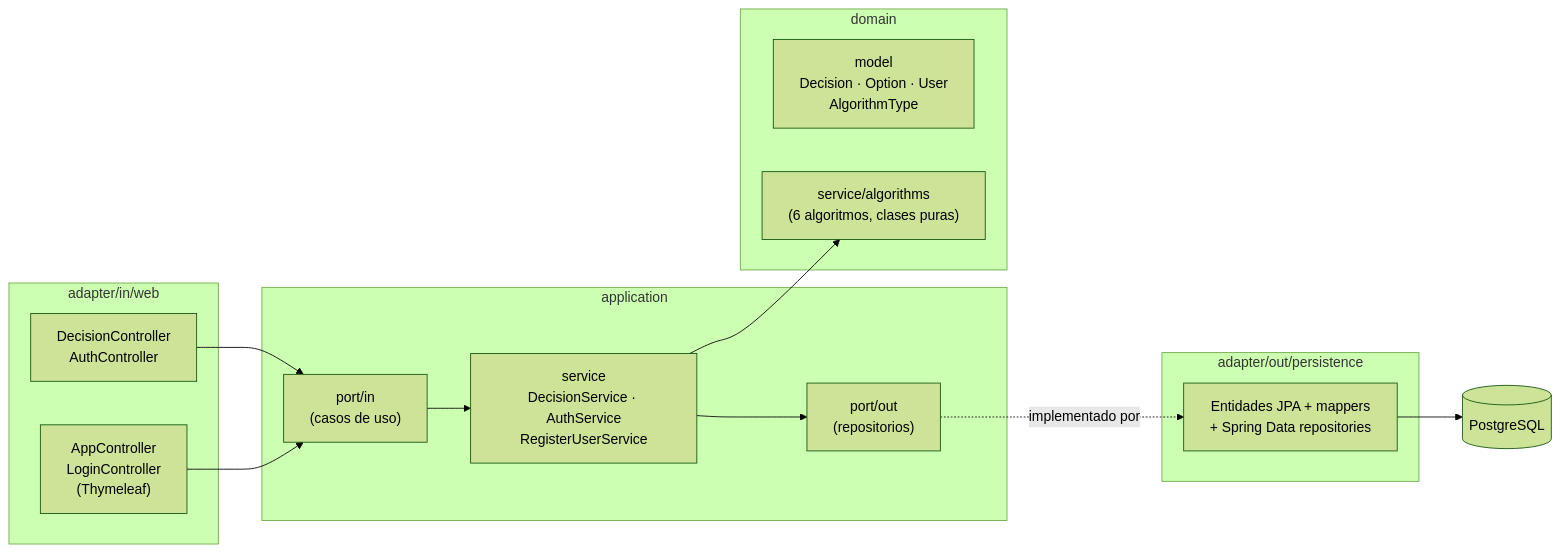
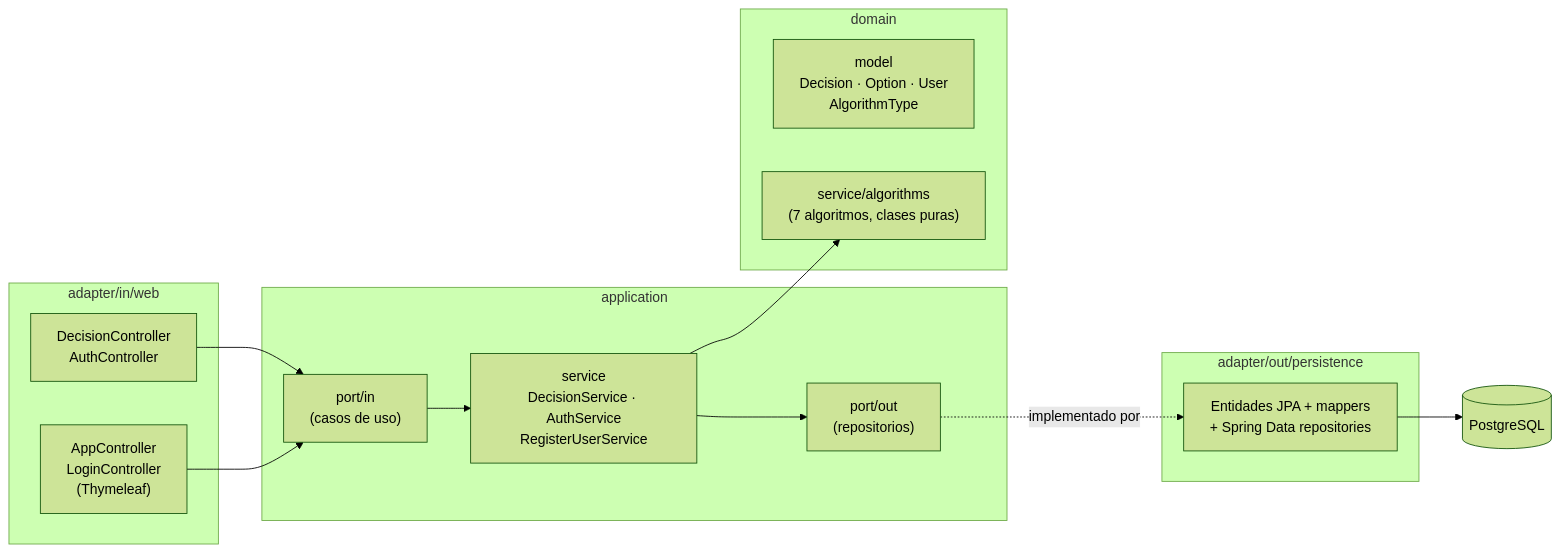
One commit to eojeda89/DecisionMaker changed the diagram in README.md. Above: the diagram before and after it, drawn with Mermaid (forest theme). The commit also changed other lines of this file and 17 other files, not shown here.

````diff
--- a/README.md
+++ b/README.md
@@ -20,32 +20,32 @@
 ```mermaid
 flowchart LR
     subgraph adapters_in["adapter/in/web"]
         REST["DecisionController\nAuthController"]
         WEB["AppController\nLoginController\n(Thymeleaf)"]
     end
 
     subgraph application["application"]
         PORTIN["port/in\n(casos de uso)"]
         SERVICE["service\nDecisionService · AuthService\nRegisterUserService"]
         PORTOUT["port/out\n(repositorios)"]
     end
 
     subgraph domain["domain"]
         MODEL["model\nDecision · Option · User\nAlgorithmType"]
-        ALGOS["service/algorithms\n(6 algoritmos, clases puras)"]
+        ALGOS["service/algorithms\n(7 algoritmos, clases puras)"]
     end
 
     subgraph adapters_out["adapter/out/persistence"]
         JPA["Entidades JPA + mappers\n+ Spring Data repositories"]
     end
 
     DB[(PostgreSQL)]
 
     REST --> PORTIN
     WEB --> PORTIN
     PORTIN --> SERVICE
     SERVICE --> ALGOS
     SERVICE --> PORTOUT
     PORTOUT -.implementado por.-> JPA
     JPA --> DB
 ```
````
